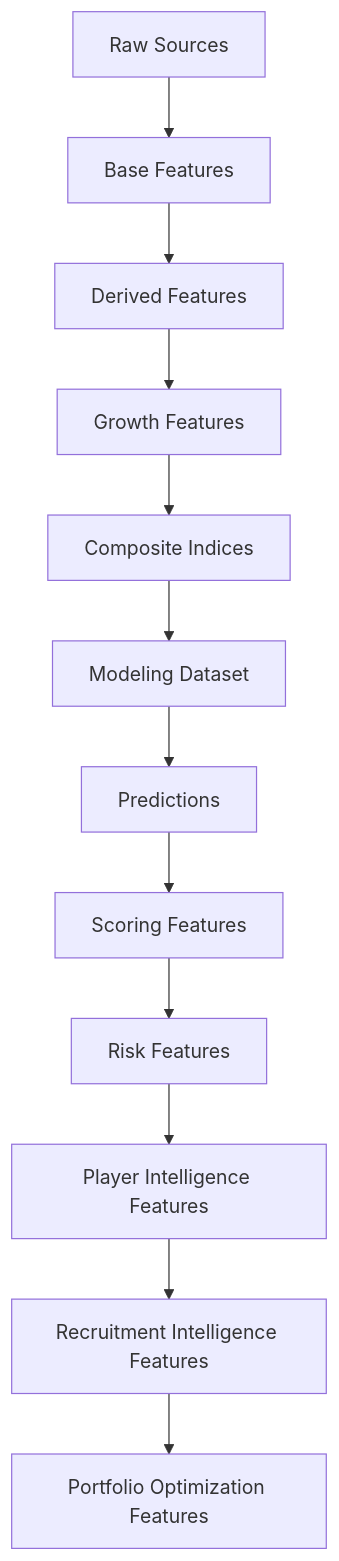
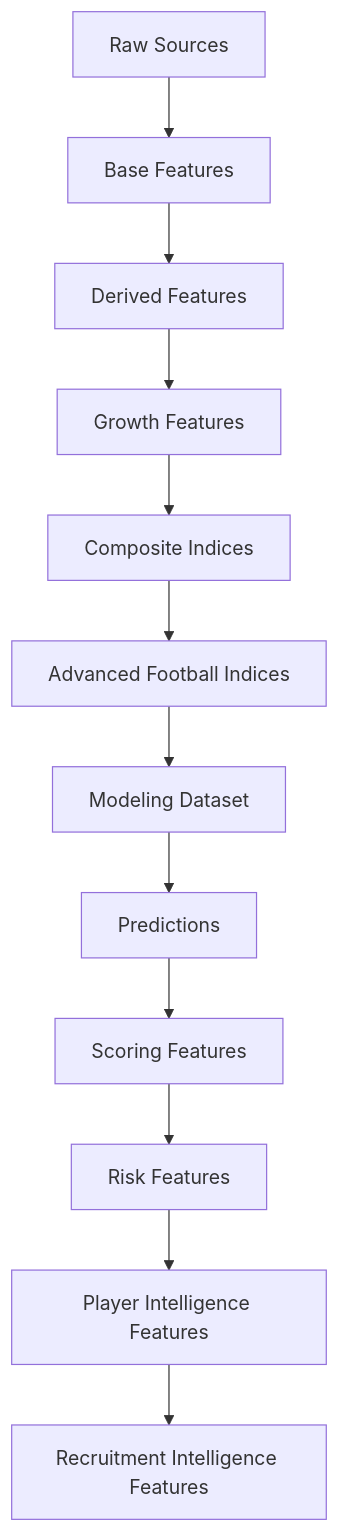
The diagram in docs/feature_engineering_plan.md (manuelpeba/market-value-football-tfm), drawn with Mermaid before and after one commit. The commit also changed other lines of this file and 15 other files, not shown here.

````diff
--- a/docs/feature_engineering_plan.md
+++ b/docs/feature_engineering_plan.md
@@ -90,26 +92,26 @@
 ```mermaid
 flowchart TD
 
 A[Raw Sources]
 --> B[Base Features]
 
 B --> C[Derived Features]
 
 C --> D[Growth Features]
 
 D --> E[Composite Indices]
 
-E --> F[Modeling Dataset]
+E --> F[Advanced Football Indices]
 
-F --> G[Predictions]
+F --> G[Modeling Dataset]
 
-G --> H[Scoring Features]
+G --> H[Predictions]
 
-H --> I[Risk Features]
+H --> I[Scoring Features]
 
-I --> J[Player Intelligence Features]
+I --> J[Risk Features]
 
-J --> K[Recruitment Intelligence Features]
+J --> K[Player Intelligence Features]
 
-K --> L[Portfolio Optimization Features]
+K --> L[Recruitment Intelligence Features]
 ```
````
